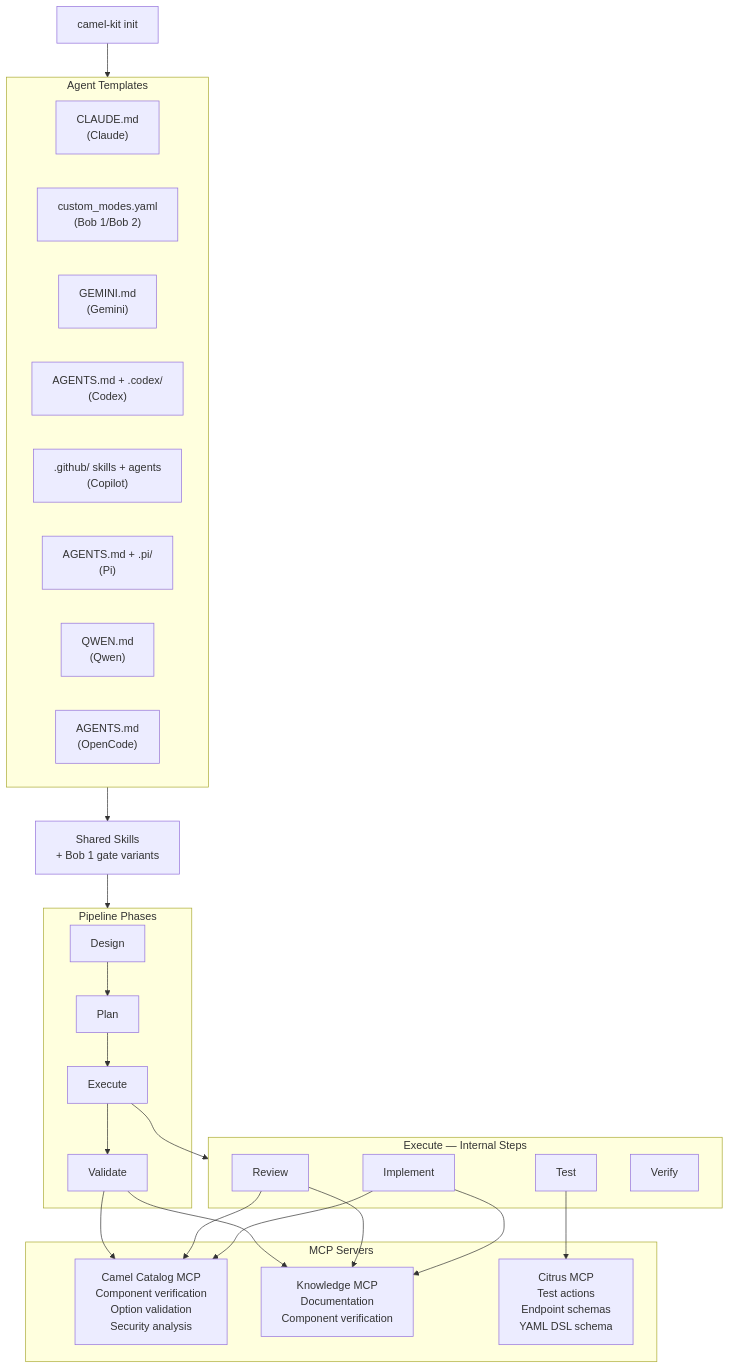
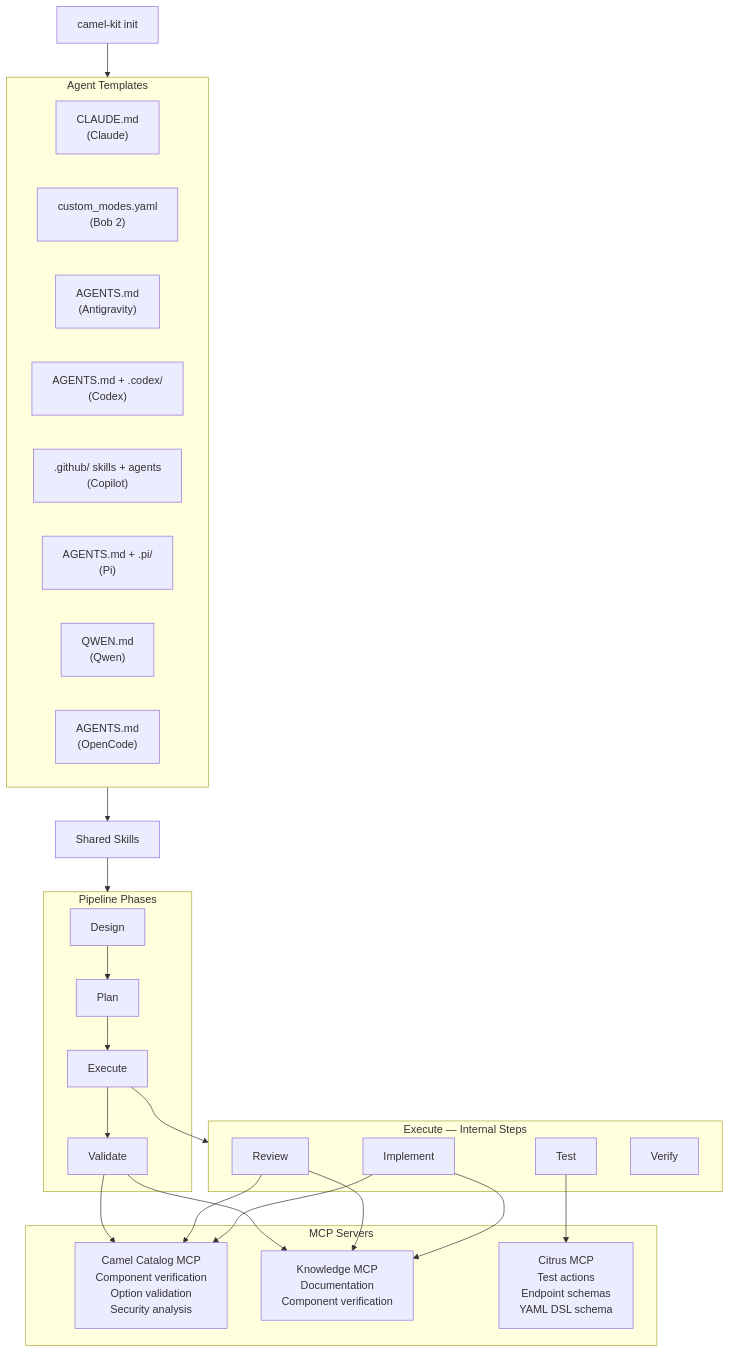
One commit to luigidemasi/camel-kit changed the seventh of 7 diagrams in docs/camel-kit-overview.md. Above: the diagram before and after it, drawn with Mermaid. The commit also changed other lines of this file and 95 other files, not shown here.

First line of the commit message:
feat: replace Gemini with Antigravity and retire Bob 1

````diff
--- a/docs/camel-kit-overview.md
+++ b/docs/camel-kit-overview.md
@@ -352,48 +351,48 @@
 ```mermaid
 flowchart TB
     init["camel-kit init"]
 
     subgraph templates ["Agent Templates"]
         claude["CLAUDE.md\n(Claude)"]
-        bob["custom_modes.yaml\n(Bob 1/Bob 2)"]
-        gemini["GEMINI.md\n(Gemini)"]
+        bob["custom_modes.yaml\n(Bob 2)"]
+        antigravity["AGENTS.md\n(Antigravity)"]
         codex["AGENTS.md + .codex/\n(Codex)"]
         copilot[".github/ skills + agents\n(Copilot)"]
         pi["AGENTS.md + .pi/\n(Pi)"]
         qwen["QWEN.md\n(Qwen)"]
         opencode["AGENTS.md\n(OpenCode)"]
     end
 
-    skills["Shared Skills\n+ Bob 1 gate variants"]
+    skills["Shared Skills"]
 
     subgraph pipeline ["Pipeline Phases"]
         design["Design"]
         plan["Plan"]
         execute["Execute"]
         quality["Validate"]
     end
 
     subgraph internal ["Execute — Internal Steps"]
         implement["Implement"]
         review["Review"]
         test["Test"]
         verify["Verify"]
     end
 
     subgraph mcp ["MCP Servers"]
         catalog["Camel Catalog MCP\nComponent verification\nOption validation\nSecurity analysis"]
         knowledge["Knowledge MCP\nDocumentation\nComponent verification"]
         citrus["Citrus MCP\nTest actions\nEndpoint schemas\nYAML DSL schema"]
     end
 
     init --> templates
     templates --> skills
     skills --> pipeline
     design --> plan --> execute --> quality
     execute --> internal
     implement & review --> catalog
     implement & review --> knowledge
     quality --> catalog
     quality --> knowledge
     test --> citrus
 ```
````
